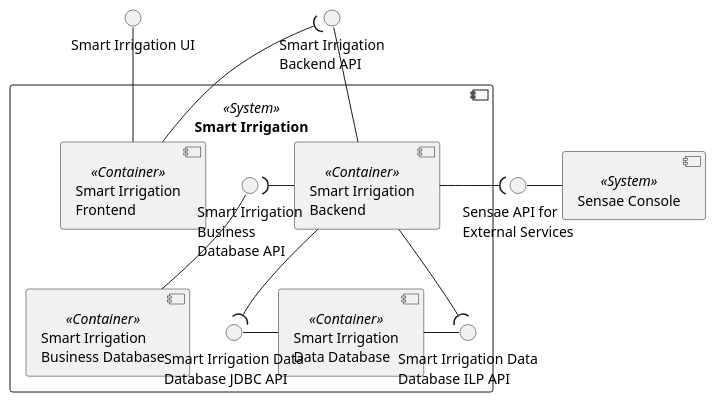
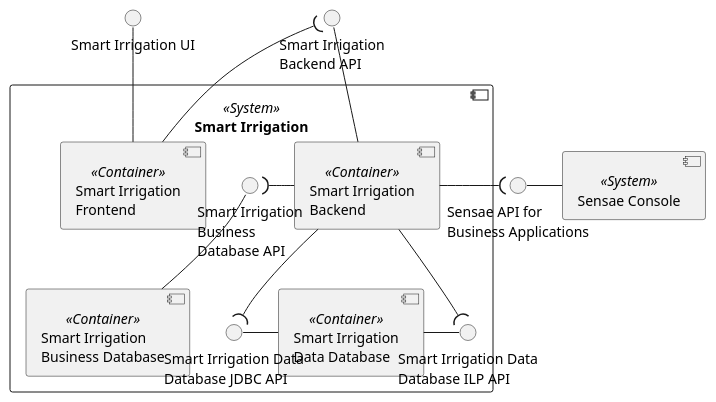
One commit to FilipeMCruz/dissertation changed the diagram in assets/diagrams/design/architectural/level2/logical/smart-irrigation-context.pu. Above: the diagram before and after it, drawn with PlantUML. The commit also changed 49 other files, not shown here.

Commit message:
changed external services to business applications

```diff
--- a/assets/diagrams/design/architectural/level2/logical/smart-irrigation-context.pu
+++ b/assets/diagrams/design/architectural/level2/logical/smart-irrigation-context.pu
@@ -1,34 +1,34 @@
 @startuml smart-irrigation-context
 
 interface "Smart Irrigation UI" as FRONT_API
 interface "Smart Irrigation\nBackend API" as BACK_API
 
 component "Smart Irrigation" <<System>> {
     component "Smart Irrigation\nBackend" <<Container>> as BACK
     component "Smart Irrigation\nFrontend" <<Container>> as FRONT
     component "Smart Irrigation\nBusiness Database" <<Container>> as DB
     component "Smart Irrigation\nData Database" <<Container>> as DATA_DB
 
     interface "Smart Irrigation\nBusiness\nDatabase API" as DB_API
     interface "Smart Irrigation Data\nDatabase JDBC API" as DATA_DB_API
     interface "Smart Irrigation Data\nDatabase ILP API" as DATA_ILP_DB_API
 
     DB_API -- DB
     DATA_DB_API - DATA_DB
     DATA_DB - DATA_ILP_DB_API
     BACK --( DATA_ILP_DB_API
     FRONT_API -- FRONT
     BACK_API -- BACK
     DB_API )- BACK
     BACK --( DATA_DB_API
     FRONT --( BACK_API
 }
 
 component "Sensae Console" <<System>> as MB
-interface "Sensae API for\nExternal Services" as MB_API
+interface "Sensae API for\nBusiness Applications" as MB_API
 
 MB_API - MB
 
 BACK -( MB_API
 
 @enduml
```
